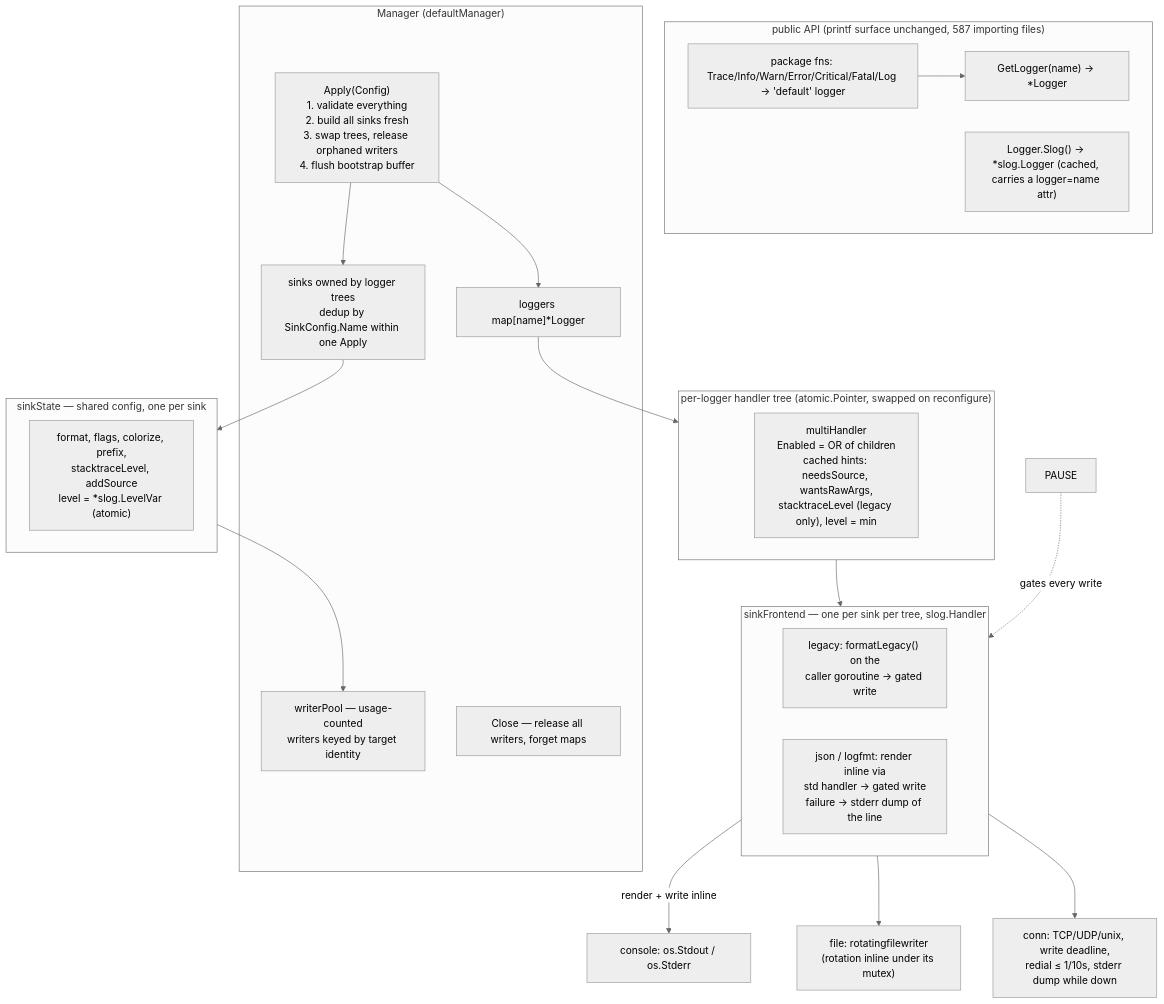
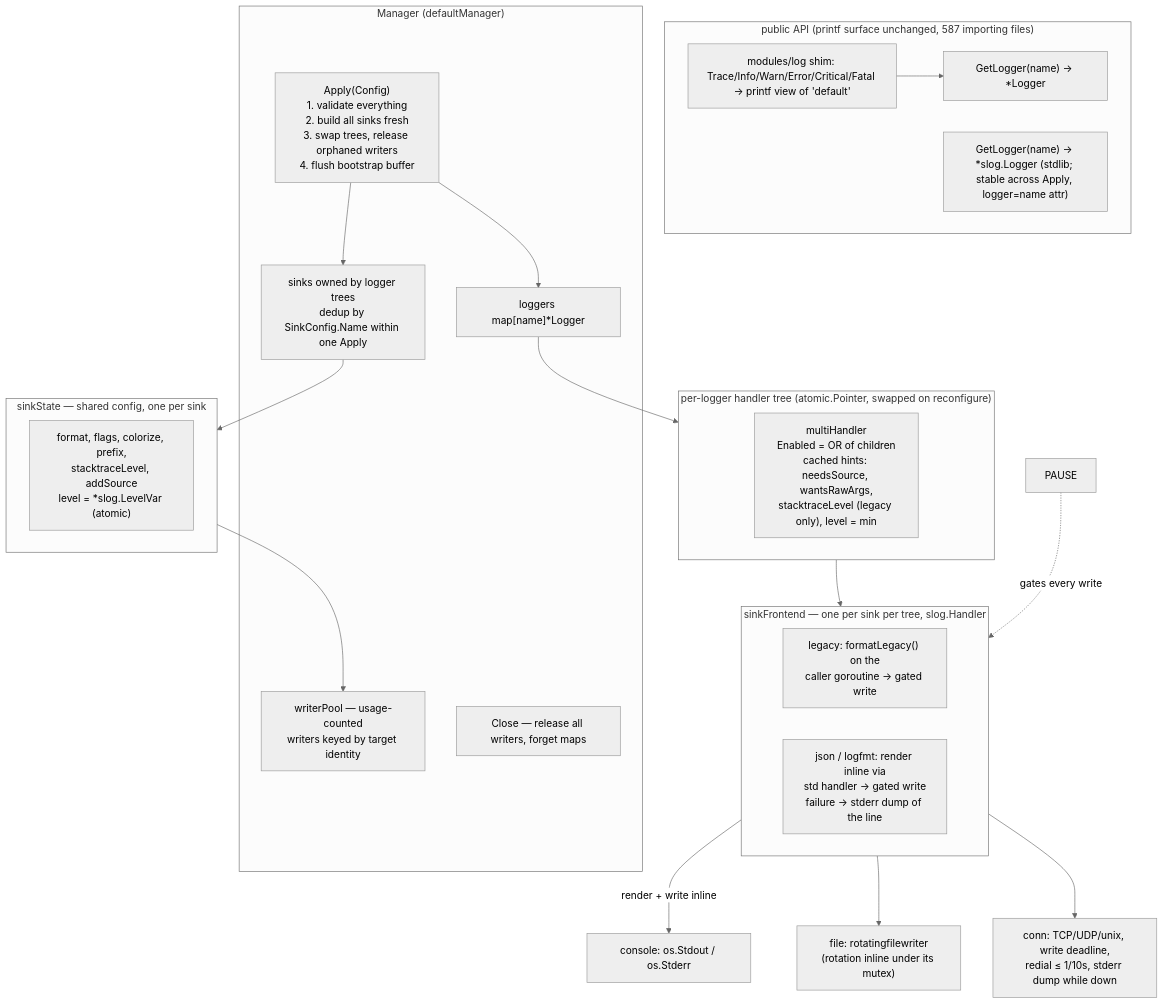
One commit to TheFox0x7/gitea changed the first of 3 diagrams in slog_new_design.md. Above: the diagram before and after it, drawn with Mermaid (neutral theme). The commit also changed other lines of this file and 21 other files, not shown here.

````diff
--- a/slog_new_design.md
+++ b/slog_new_design.md
@@ -11,45 +11,45 @@
 ```mermaid
 flowchart TB
     subgraph api["public API (printf surface unchanged, 587 importing files)"]
-        PKG["package fns: Trace/Info/Warn/Error/Critical/Fatal/Log → 'default' logger"]
+        PKG["modules/log shim: Trace/Info/Warn/Error/Critical/Fatal → printf view of 'default'"]
         GETL["GetLogger(name) → *Logger"]
-        SL["Logger.Slog() → *slog.Logger (cached, carries a logger=name attr)"]
+        SL["GetLogger(name) → *slog.Logger (stdlib; stable across Apply, logger=name attr)"]
     end
 
     subgraph mgr["Manager (defaultManager)"]
         REG["loggers map[name]*Logger"]
         SINKREG["sinks owned by logger trees<br/>dedup by SinkConfig.Name within one Apply"]
         POOL["writerPool — usage-counted<br/>writers keyed by target identity"]
         APPLY["Apply(Config)<br/>1. validate everything<br/>2. build all sinks fresh<br/>3. swap trees, release orphaned writers<br/>4. flush bootstrap buffer"]
         CLOSE["Close — release all writers, forget maps"]
     end
 
     subgraph tree["per-logger handler tree (atomic.Pointer, swapped on reconfigure)"]
         MH["multiHandler<br/>Enabled = OR of children<br/>cached hints: needsSource, wantsRawArgs,<br/>stacktraceLevel (legacy only), level = min"]
     end
 
     subgraph fe["sinkFrontend — one per sink per tree, slog.Handler"]
         F1["legacy: formatLegacy() on the<br/>caller goroutine → gated write"]
         F2["json / logfmt: render inline via<br/>std handler → gated write<br/>failure → stderr dump of the line"]
     end
 
     subgraph st["sinkState — shared config, one per sink"]
         STATE["format, flags, colorize, prefix,<br/>stacktraceLevel, addSource<br/>level = *slog.LevelVar (atomic)"]
     end
 
     W1["console: os.Stdout / os.Stderr"]
     W2["file: rotatingfilewriter<br/>(rotation inline under its mutex)"]
     W3["conn: TCP/UDP/unix, write deadline,<br/>redial ≤ 1/10s, stderr dump while down"]
 
     PKG --> GETL
     APPLY --> REG
     APPLY --> SINKREG
     REG --> tree
     SINKREG --> st
     tree --> fe
     st --> POOL
     fe -->|"render + write inline"| W1
     fe --> W2
     fe --> W3
     PAUSE -.->|"gates every write"| fe
 ```
````
